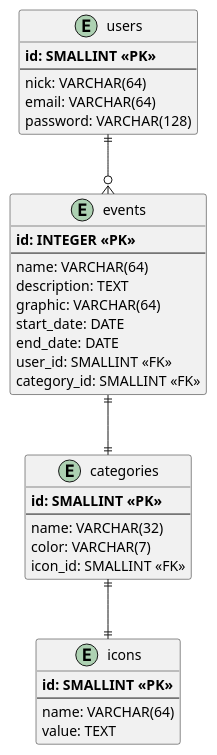
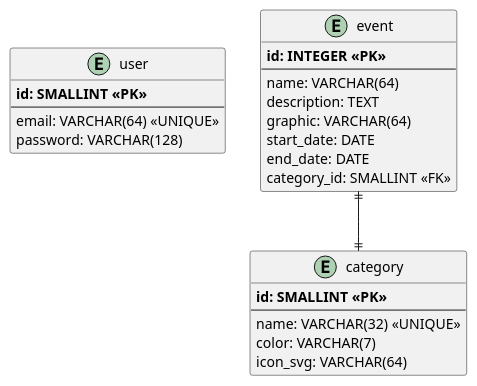
One commit to SzymonKwiecinski/pw_zai_project_1 changed the diagram in Diagrams/Database.puml. Above: the diagram before and after it, drawn with PlantUML. The commit also changed 1 other file, not shown here.

```diff
--- a/Diagrams/Database.puml
+++ b/Diagrams/Database.puml
@@ -1,48 +1,39 @@
 @startuml
 ' hide the spot
 ' hide circle
 
 ' avoid problems with angled crows feet
 skinparam linetype ortho
 
-entity users {
+entity user {
   **id: SMALLINT <<PK>>**
   --
-  nick: VARCHAR(64)
-  email: VARCHAR(64)
+  email: VARCHAR(64) <<UNIQUE>>
   password: VARCHAR(128)
 }
 
-entity events {
+entity event {
   **id: INTEGER <<PK>>**
   --
   name: VARCHAR(64)
   description: TEXT
   graphic: VARCHAR(64)
   start_date: DATE
   end_date: DATE
-  user_id: SMALLINT <<FK>>
   category_id: SMALLINT <<FK>>
 }
 
-entity categories {
+entity category {
   **id: SMALLINT <<PK>>**
   --
-  name: VARCHAR(32)
+  name: VARCHAR(32) <<UNIQUE>>
   color: VARCHAR(7)
-  icon_id: SMALLINT <<FK>>
-}
-
-entity icons {
-  **id: SMALLINT <<PK>>**
-  --
-  name: VARCHAR(64)
-  value: TEXT
+  icon_svg: VARCHAR(64)
 }
 
 
-users ||--o{ events
-events ||--|| categories
-categories ||--|| icons
+
+
+event ||--|| category
 
 @enduml
```
